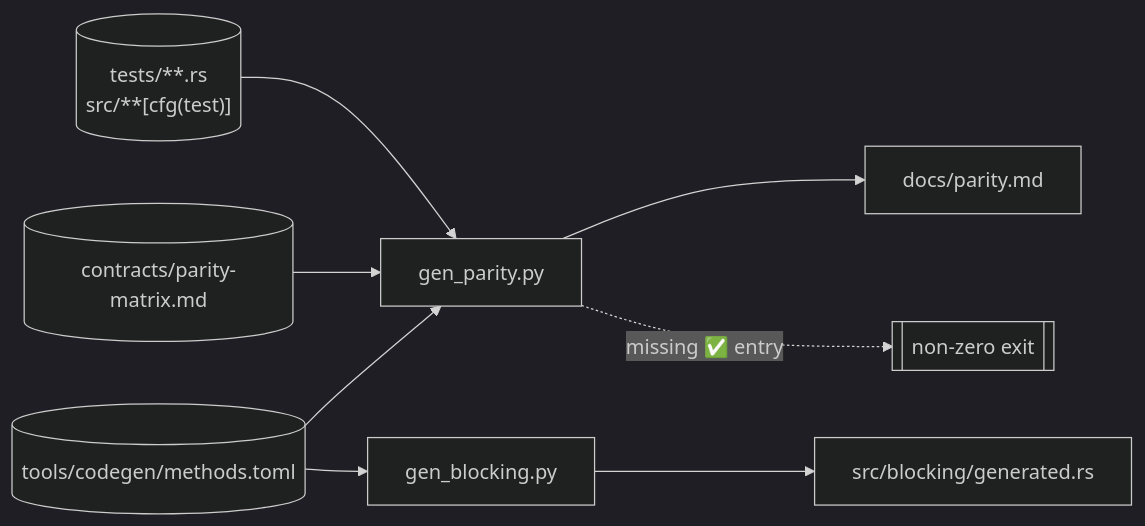
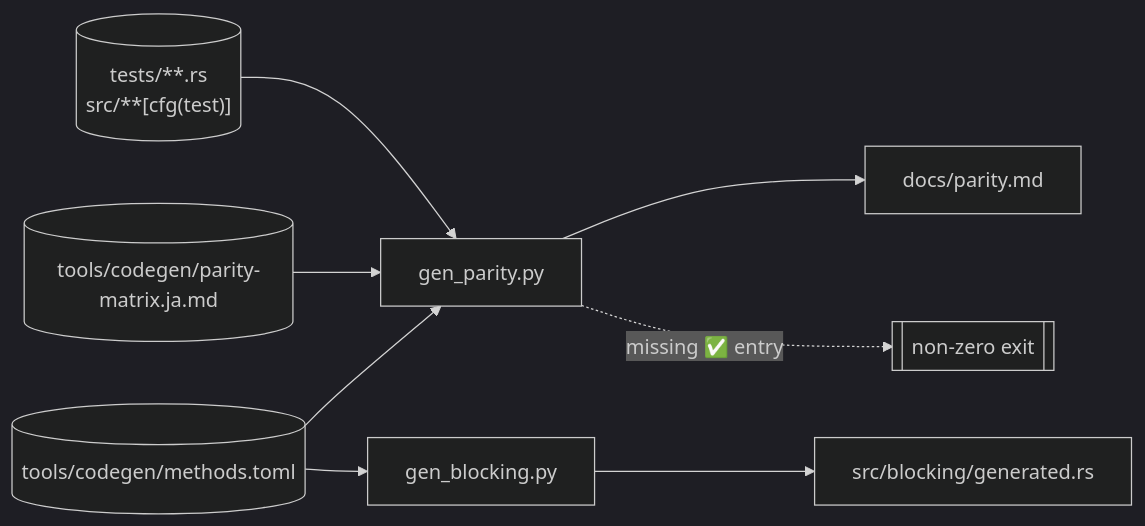
One commit to siosig/genai-rs changed the diagram in docs/parity.md. Above: the diagram before and after it, drawn with Mermaid (dark theme). The commit also changed other lines of this file and 11 other files, not shown here.

````diff
--- a/docs/parity.md
+++ b/docs/parity.md
@@ -55,9 +57,9 @@
 ```mermaid
 flowchart LR
   M[(tools/codegen/methods.toml)] --> GP[gen_parity.py]
-  PM[(contracts/parity-matrix.md)] --> GP
+  PM[(tools/codegen/parity-matrix.ja.md)] --> GP
   T[(tests/**.rs<br/>src/**#91;cfg#40;test#41;#93;)] --> GP
   GP --> D[docs/parity.md]
   GP -. missing ✅ entry .-> X[[non-zero exit]]
   M --> GB[gen_blocking.py] --> B[src/blocking/generated.rs]
 ```
````
